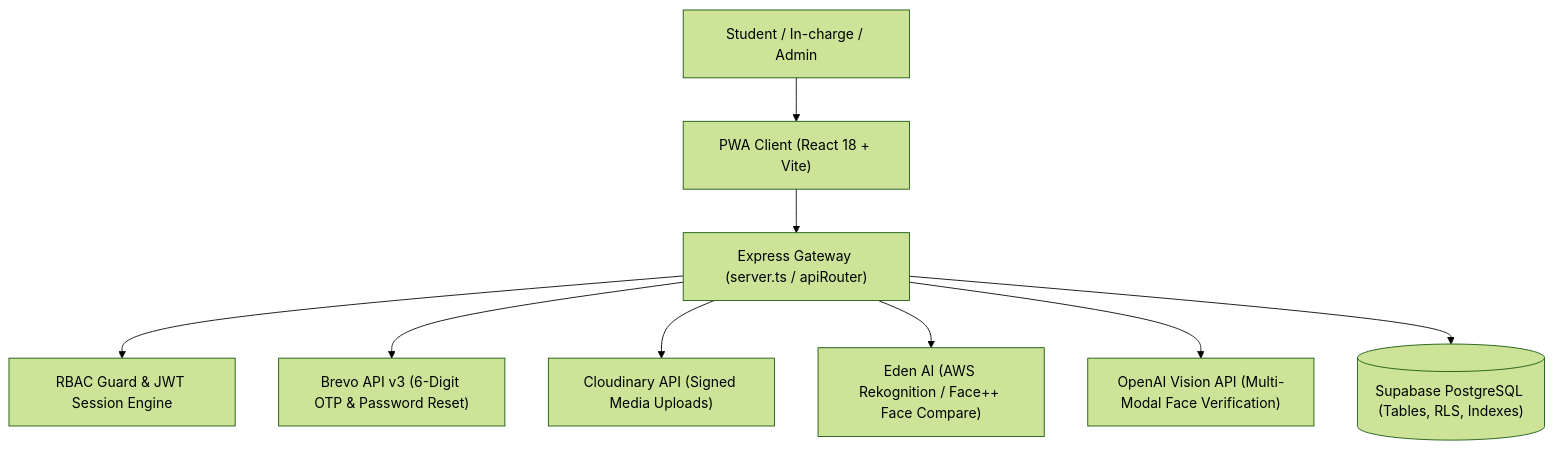
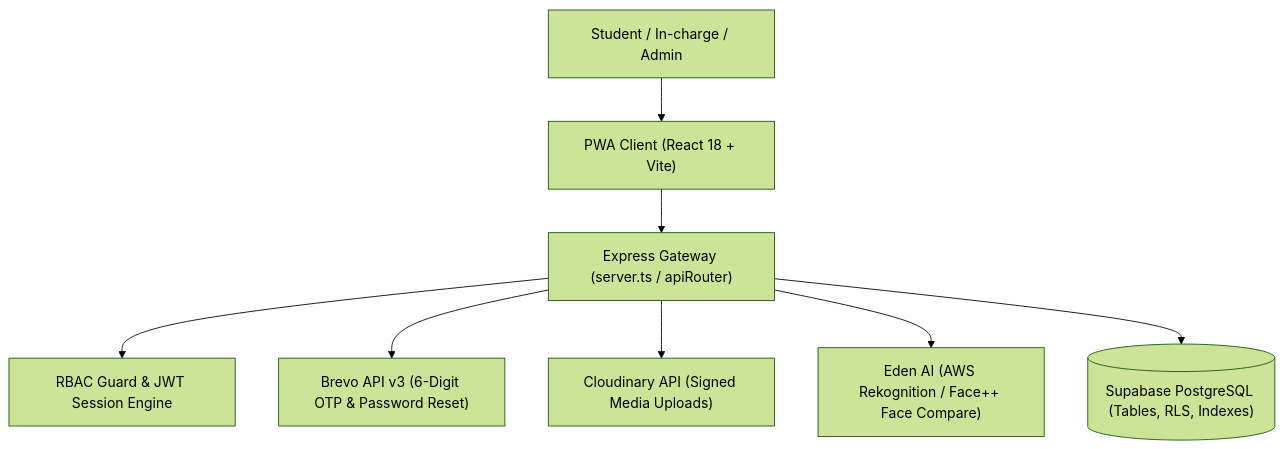
The first of 2 diagrams in README.md (Tharun4743/Bus-attendance), drawn with Mermaid (forest theme) before and after one commit. The commit also changed other lines of this file and 27 other files, not shown here.

Commit message:
feat: strict Eden AI face verification, multi-role signup and approval workflow, and fleet management

````diff
--- a/README.md
+++ b/README.md
@@ -77,11 +76,10 @@
 ```mermaid
 graph TD
     User["Student / In-charge / Admin"] --> PWA["PWA Client (React 18 + Vite)"]
     PWA --> API["Express Gateway (server.ts / apiRouter)"]
     API --> Auth["RBAC Guard & JWT Session Engine"]
     API --> Brevo["Brevo API v3 (6-Digit OTP & Password Reset)"]
     API --> Cloudinary["Cloudinary API (Signed Media Uploads)"]
     API --> EdenAI["Eden AI (AWS Rekognition / Face++ Face Compare)"]
-    API --> OpenAI["OpenAI Vision API (Multi-Modal Face Verification)"]
     API --> DB[("Supabase PostgreSQL (Tables, RLS, Indexes)")]
 ```
````
